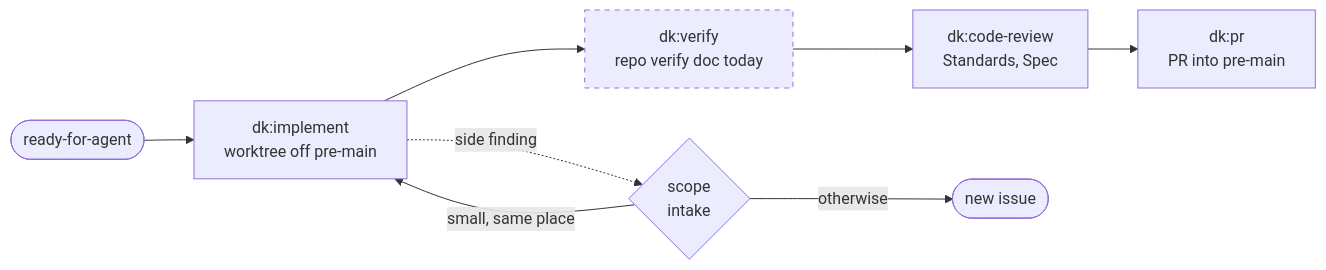
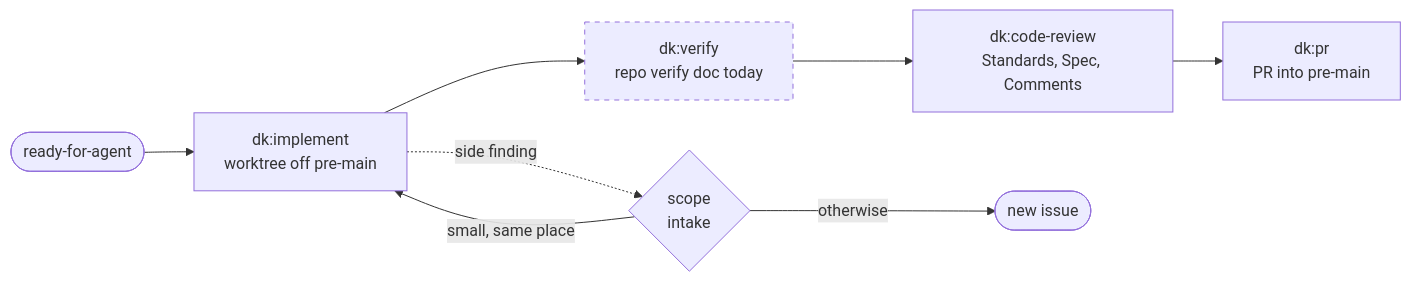
Before and after one commit to kaminski-dev/dk-agent-kit: the second of 4 diagrams in README.md, drawn with Mermaid. The commit also changed other lines of this file and 4 other files, not shown here.

Commit message:
Add a Comments axis to dk:code-review, run by a read-only comment-reviewer (#11)

````diff
--- a/README.md
+++ b/README.md
@@ -54,12 +54,12 @@
 ```mermaid
 flowchart LR
   ready(["ready-for-agent"]) --> implement["dk:implement<br/>worktree off pre-main"]
   implement --> verify["dk:verify<br/>repo verify doc today"]
-  verify --> review["dk:code-review<br/>Standards, Spec"]
+  verify --> review["dk:code-review<br/>Standards, Spec, Comments"]
   review --> pr["dk:pr<br/>PR into pre-main"]
   implement -. "side finding" .-> intake{"scope<br/>intake"}
   intake -- "small, same place" --> implement
   intake -- "otherwise" --> new(["new issue"])
   classDef planned stroke-dasharray: 5 5
   class verify planned
 ```
````
